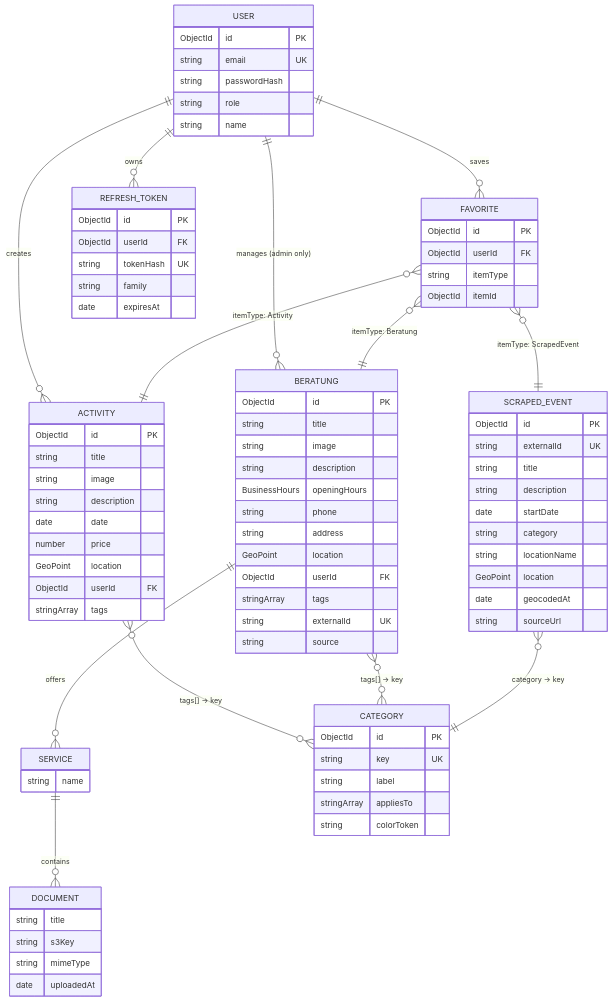
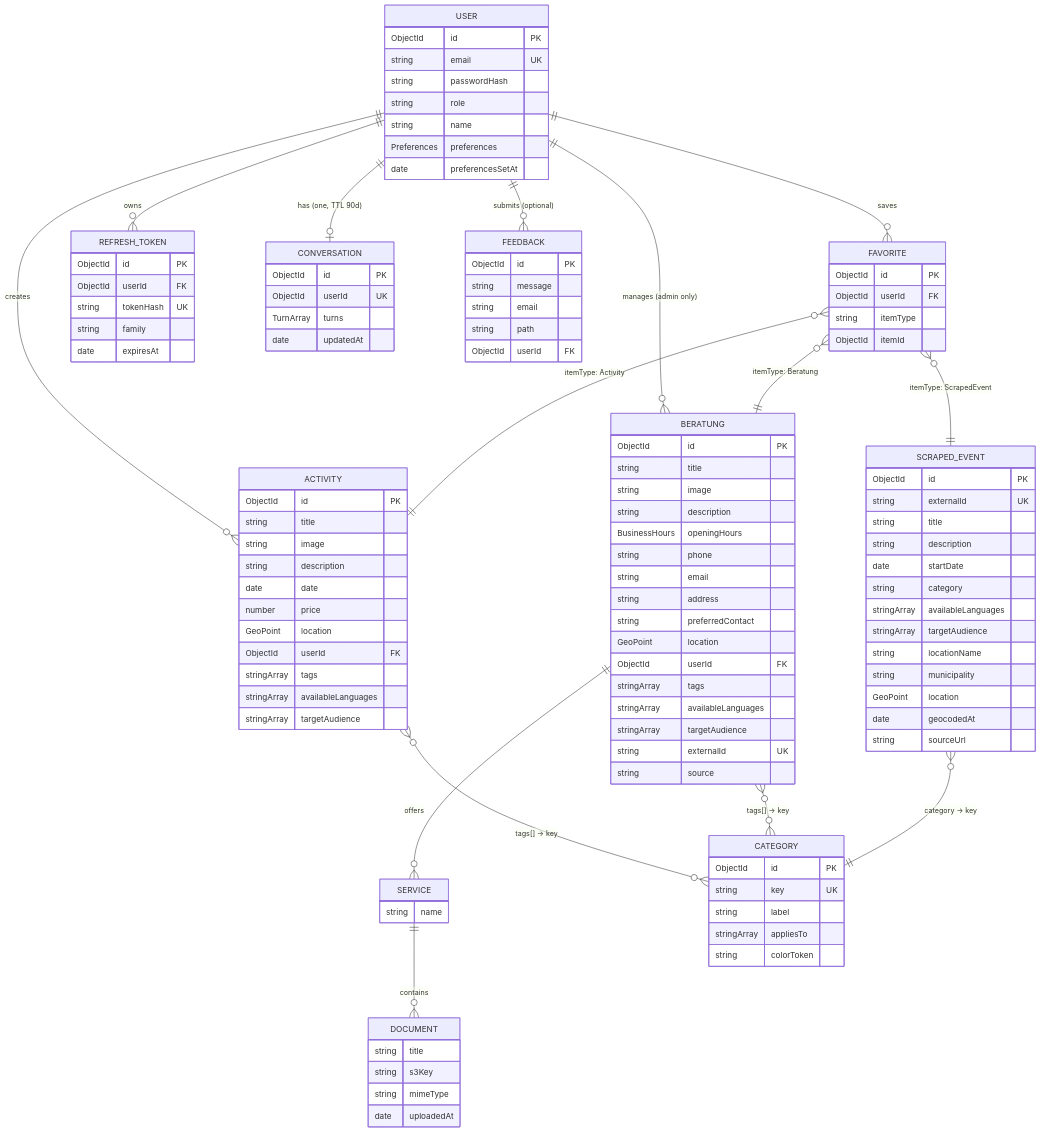
Before and after one commit to jonas-fink/SokoRefactor: the second of 3 diagrams in README.md, drawn with Mermaid. The commit also changed other lines of this file, not shown here.

````diff
--- a/README.md
+++ b/README.md
@@ -90,6 +92,8 @@
     USER ||--o{ BERATUNG : "manages (admin only)"
     USER ||--o{ FAVORITE : saves
     USER ||--o{ REFRESH_TOKEN : owns
+    USER ||--o| CONVERSATION : "has (one, TTL 90d)"
+    USER ||--o{ FEEDBACK : "submits (optional)"
 
     BERATUNG ||--o{ SERVICE : offers
     SERVICE ||--o{ DOCUMENT : contains
@@ -108,6 +112,8 @@
         string passwordHash
         string role
         string name
+        Preferences preferences
+        date preferencesSetAt
     }
     ACTIVITY {
         ObjectId id PK
@@ -119,6 +125,8 @@
         GeoPoint location
         ObjectId userId FK
         stringArray tags
+        stringArray availableLanguages
+        stringArray targetAudience
     }
     BERATUNG {
         ObjectId id PK
@@ -127,10 +135,14 @@
         string description
         BusinessHours openingHours
         string phone
+        string email
         string address
+        string preferredContact
         GeoPoint location
         ObjectId userId FK
         stringArray tags
+        stringArray availableLanguages
+        stringArray targetAudience
         string externalId UK
         string source
     }
@@ -150,7 +162,10 @@
         string description
         date startDate
         string category
+        stringArray availableLanguages
+        stringArray targetAudience
         string locationName
+        string municipality
         GeoPoint location
         date geocodedAt
         string sourceUrl
@@ -175,4 +190,17 @@
         string family
         date expiresAt
     }
+    CONVERSATION {
+        ObjectId id PK
+        ObjectId userId UK
+        TurnArray turns
+        date updatedAt
+    }
+    FEEDBACK {
+        ObjectId id PK
+        string message
+        string email
+        string path
+        ObjectId userId FK
+    }
 ```
````
